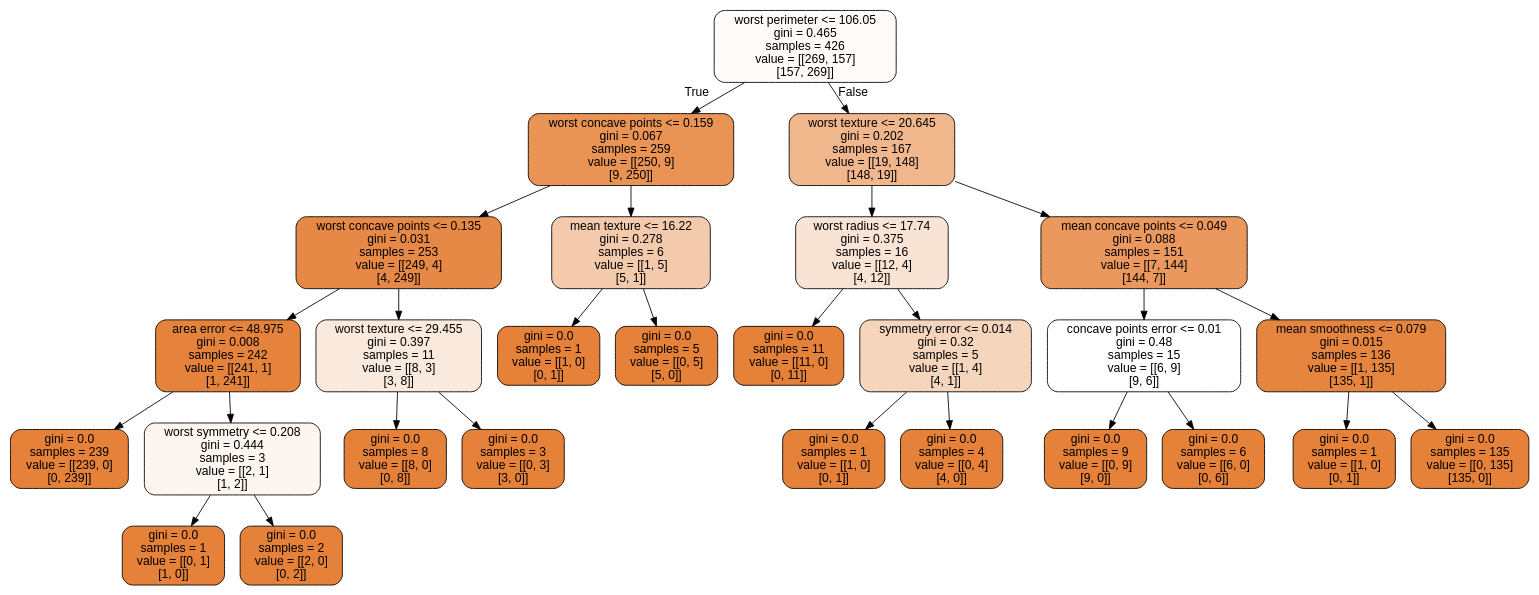
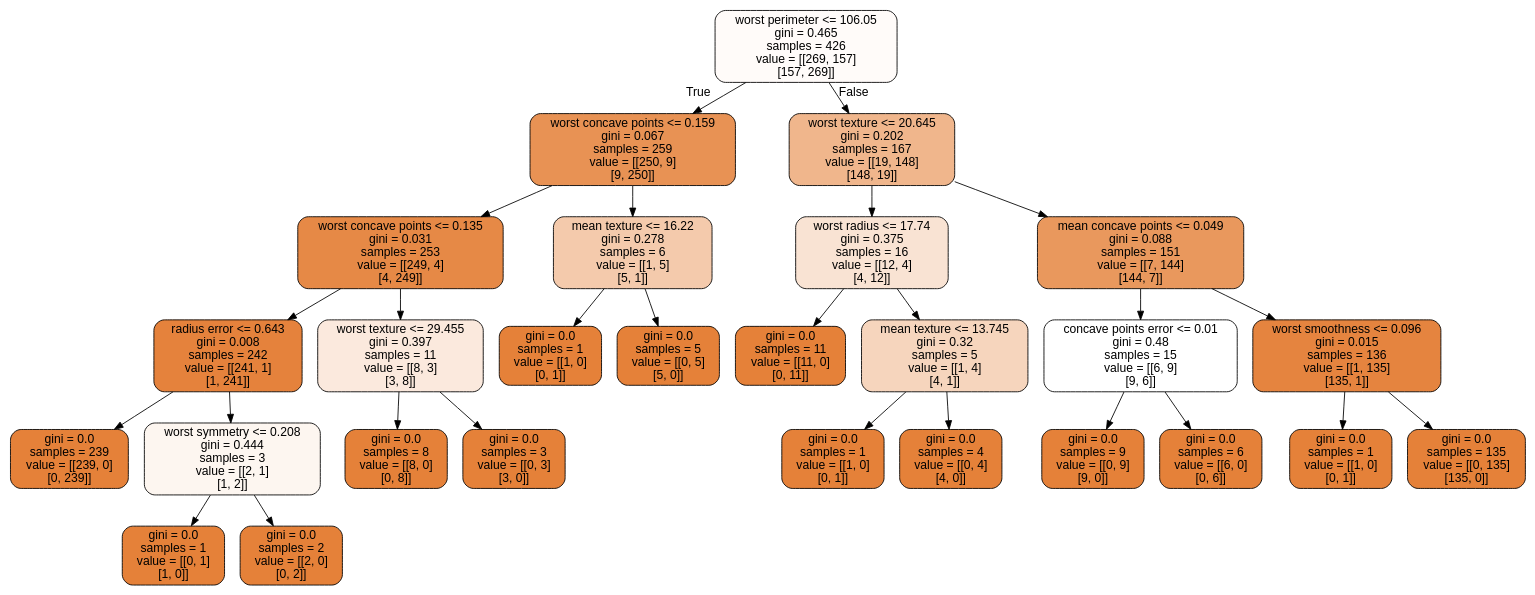
Before and after one commit to CompPhysics/MachineLearning: the diagram in doc/LectureNotes/DataFiles/cancer.dot, drawn with Graphviz. The commit also changed 2 other files, not shown here.

```diff
--- a/doc/LectureNotes/DataFiles/cancer.dot
+++ b/doc/LectureNotes/DataFiles/cancer.dot
@@ -1,57 +1,57 @@
 digraph Tree {
-node [shape=box, style="filled, rounded", color="black", fontname="helvetica"] ;
-edge [fontname="helvetica"] ;
-0 [label="worst perimeter <= 106.05\ngini = 0.465\nsamples = 426\nvalue = [[269, 157]\n[157, 269]]", fillcolor="#fefbf9"] ;
-1 [label="worst concave points <= 0.159\ngini = 0.067\nsamples = 259\nvalue = [[250, 9]\n[9, 250]]", fillcolor="#e99355"] ;
+node [shape=box, style="filled, rounded", color="black", fontname=helvetica] ;
+edge [fontname=helvetica] ;
+0 [label="worst perimeter <= 106.05\ngini = 0.465\nsamples = 426\nvalue = [[269, 157]\n[157, 269]]", fillcolor="#e5813908"] ;
+1 [label="worst concave points <= 0.159\ngini = 0.067\nsamples = 259\nvalue = [[250, 9]\n[9, 250]]", fillcolor="#e58139db"] ;
 0 -> 1 [labeldistance=2.5, labelangle=45, headlabel="True"] ;
-2 [label="worst concave points <= 0.135\ngini = 0.031\nsamples = 253\nvalue = [[249, 4]\n[4, 249]]", fillcolor="#e78946"] ;
+2 [label="worst concave points <= 0.135\ngini = 0.031\nsamples = 253\nvalue = [[249, 4]\n[4, 249]]", fillcolor="#e58139ee"] ;
 1 -> 2 ;
-3 [label="area error <= 48.975\ngini = 0.008\nsamples = 242\nvalue = [[241, 1]\n[1, 241]]", fillcolor="#e5833c"] ;
+3 [label="radius error <= 0.643\ngini = 0.008\nsamples = 242\nvalue = [[241, 1]\n[1, 241]]", fillcolor="#e58139fb"] ;
 2 -> 3 ;
-4 [label="gini = 0.0\nsamples = 239\nvalue = [[239, 0]\n[0, 239]]", fillcolor="#e58139"] ;
+4 [label="gini = 0.0\nsamples = 239\nvalue = [[239, 0]\n[0, 239]]", fillcolor="#e58139ff"] ;
 3 -> 4 ;
-5 [label="worst symmetry <= 0.208\ngini = 0.444\nsamples = 3\nvalue = [[2, 1]\n[1, 2]]", fillcolor="#fdf6f0"] ;
+5 [label="worst symmetry <= 0.208\ngini = 0.444\nsamples = 3\nvalue = [[2, 1]\n[1, 2]]", fillcolor="#e5813913"] ;
 3 -> 5 ;
-6 [label="gini = 0.0\nsamples = 1\nvalue = [[0, 1]\n[1, 0]]", fillcolor="#e58139"] ;
+6 [label="gini = 0.0\nsamples = 1\nvalue = [[0, 1]\n[1, 0]]", fillcolor="#e58139ff"] ;
 5 -> 6 ;
-7 [label="gini = 0.0\nsamples = 2\nvalue = [[2, 0]\n[0, 2]]", fillcolor="#e58139"] ;
+7 [label="gini = 0.0\nsamples = 2\nvalue = [[2, 0]\n[0, 2]]", fillcolor="#e58139ff"] ;
 5 -> 7 ;
-8 [label="worst texture <= 29.455\ngini = 0.397\nsamples = 11\nvalue = [[8, 3]\n[3, 8]]", fillcolor="#fae9dd"] ;
+8 [label="worst texture <= 29.455\ngini = 0.397\nsamples = 11\nvalue = [[8, 3]\n[3, 8]]", fillcolor="#e581392c"] ;
 2 -> 8 ;
-9 [label="gini = 0.0\nsamples = 8\nvalue = [[8, 0]\n[0, 8]]", fillcolor="#e58139"] ;
+9 [label="gini = 0.0\nsamples = 8\nvalue = [[8, 0]\n[0, 8]]", fillcolor="#e58139ff"] ;
 8 -> 9 ;
-10 [label="gini = 0.0\nsamples = 3\nvalue = [[0, 3]\n[3, 0]]", fillcolor="#e58139"] ;
+10 [label="gini = 0.0\nsamples = 3\nvalue = [[0, 3]\n[3, 0]]", fillcolor="#e58139ff"] ;
 8 -> 10 ;
-11 [label="mean texture <= 16.22\ngini = 0.278\nsamples = 6\nvalue = [[1, 5]\n[5, 1]]", fillcolor="#f4caac"] ;
+11 [label="mean texture <= 16.22\ngini = 0.278\nsamples = 6\nvalue = [[1, 5]\n[5, 1]]", fillcolor="#e581396b"] ;
 1 -> 11 ;
-12 [label="gini = 0.0\nsamples = 1\nvalue = [[1, 0]\n[0, 1]]", fillcolor="#e58139"] ;
+12 [label="gini = 0.0\nsamples = 1\nvalue = [[1, 0]\n[0, 1]]", fillcolor="#e58139ff"] ;
 11 -> 12 ;
-13 [label="gini = 0.0\nsamples = 5\nvalue = [[0, 5]\n[5, 0]]", fillcolor="#e58139"] ;
+13 [label="gini = 0.0\nsamples = 5\nvalue = [[0, 5]\n[5, 0]]", fillcolor="#e58139ff"] ;
 11 -> 13 ;
-14 [label="worst texture <= 20.645\ngini = 0.202\nsamples = 167\nvalue = [[19, 148]\n[148, 19]]", fillcolor="#f0b68c"] ;
+14 [label="worst texture <= 20.645\ngini = 0.202\nsamples = 167\nvalue = [[19, 148]\n[148, 19]]", fillcolor="#e5813994"] ;
 0 -> 14 [labeldistance=2.5, labelangle=-45, headlabel="False"] ;
-15 [label="worst radius <= 17.74\ngini = 0.375\nsamples = 16\nvalue = [[12, 4]\n[4, 12]]", fillcolor="#f9e3d4"] ;
+15 [label="worst radius <= 17.74\ngini = 0.375\nsamples = 16\nvalue = [[12, 4]\n[4, 12]]", fillcolor="#e5813938"] ;
 14 -> 15 ;
-16 [label="gini = 0.0\nsamples = 11\nvalue = [[11, 0]\n[0, 11]]", fillcolor="#e58139"] ;
+16 [label="gini = 0.0\nsamples = 11\nvalue = [[11, 0]\n[0, 11]]", fillcolor="#e58139ff"] ;
 15 -> 16 ;
-17 [label="symmetry error <= 0.014\ngini = 0.32\nsamples = 5\nvalue = [[1, 4]\n[4, 1]]", fillcolor="#f6d5bd"] ;
+17 [label="mean texture <= 13.745\ngini = 0.32\nsamples = 5\nvalue = [[1, 4]\n[4, 1]]", fillcolor="#e5813955"] ;
 15 -> 17 ;
-18 [label="gini = 0.0\nsamples = 1\nvalue = [[1, 0]\n[0, 1]]", fillcolor="#e58139"] ;
+18 [label="gini = 0.0\nsamples = 1\nvalue = [[1, 0]\n[0, 1]]", fillcolor="#e58139ff"] ;
 17 -> 18 ;
-19 [label="gini = 0.0\nsamples = 4\nvalue = [[0, 4]\n[4, 0]]", fillcolor="#e58139"] ;
+19 [label="gini = 0.0\nsamples = 4\nvalue = [[0, 4]\n[4, 0]]", fillcolor="#e58139ff"] ;
 17 -> 19 ;
-20 [label="mean concave points <= 0.049\ngini = 0.088\nsamples = 151\nvalue = [[7, 144]\n[144, 7]]", fillcolor="#ea985d"] ;
+20 [label="mean concave points <= 0.049\ngini = 0.088\nsamples = 151\nvalue = [[7, 144]\n[144, 7]]", fillcolor="#e58139d0"] ;
 14 -> 20 ;
-21 [label="concave points error <= 0.01\ngini = 0.48\nsamples = 15\nvalue = [[6, 9]\n[9, 6]]", fillcolor="#ffffff"] ;
+21 [label="concave points error <= 0.01\ngini = 0.48\nsamples = 15\nvalue = [[6, 9]\n[9, 6]]", fillcolor="#e5813900"] ;
 20 -> 21 ;
-22 [label="gini = 0.0\nsamples = 9\nvalue = [[0, 9]\n[9, 0]]", fillcolor="#e58139"] ;
+22 [label="gini = 0.0\nsamples = 9\nvalue = [[0, 9]\n[9, 0]]", fillcolor="#e58139ff"] ;
 21 -> 22 ;
-23 [label="gini = 0.0\nsamples = 6\nvalue = [[6, 0]\n[0, 6]]", fillcolor="#e58139"] ;
+23 [label="gini = 0.0\nsamples = 6\nvalue = [[6, 0]\n[0, 6]]", fillcolor="#e58139ff"] ;
 21 -> 23 ;
-24 [label="mean smoothness <= 0.079\ngini = 0.015\nsamples = 136\nvalue = [[1, 135]\n[135, 1]]", fillcolor="#e6853f"] ;
+24 [label="worst smoothness <= 0.096\ngini = 0.015\nsamples = 136\nvalue = [[1, 135]\n[135, 1]]", fillcolor="#e58139f7"] ;
 20 -> 24 ;
-25 [label="gini = 0.0\nsamples = 1\nvalue = [[1, 0]\n[0, 1]]", fillcolor="#e58139"] ;
+25 [label="gini = 0.0\nsamples = 1\nvalue = [[1, 0]\n[0, 1]]", fillcolor="#e58139ff"] ;
 24 -> 25 ;
-26 [label="gini = 0.0\nsamples = 135\nvalue = [[0, 135]\n[135, 0]]", fillcolor="#e58139"] ;
+26 [label="gini = 0.0\nsamples = 135\nvalue = [[0, 135]\n[135, 0]]", fillcolor="#e58139ff"] ;
 24 -> 26 ;
 }
```
